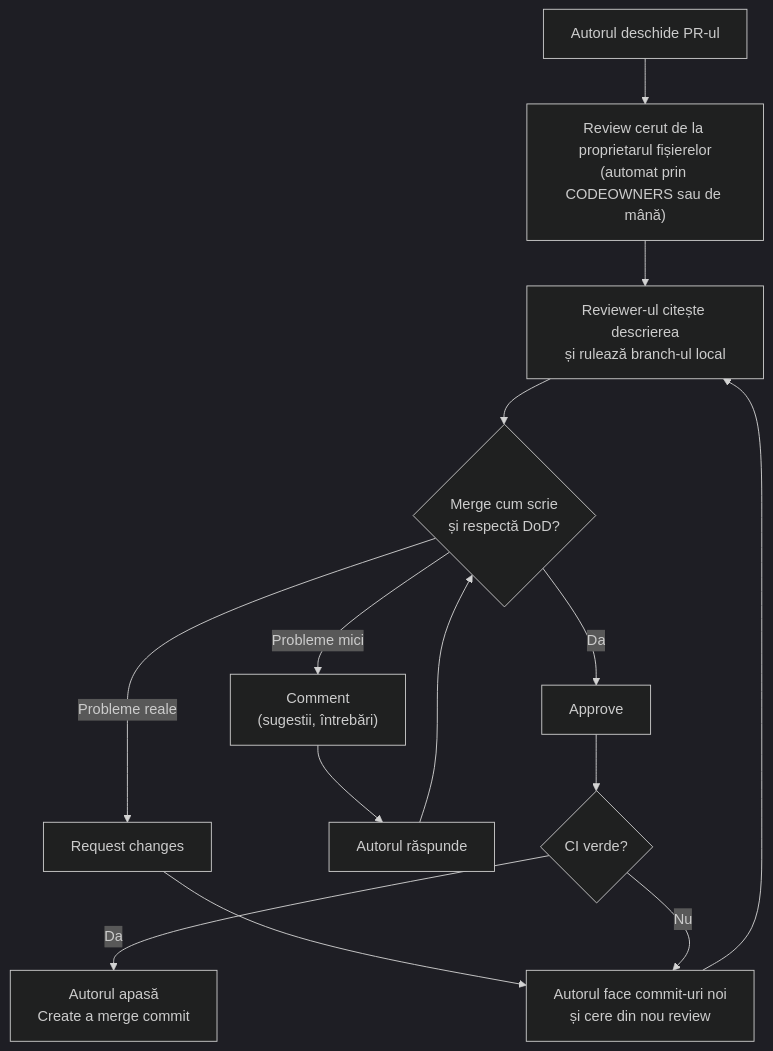
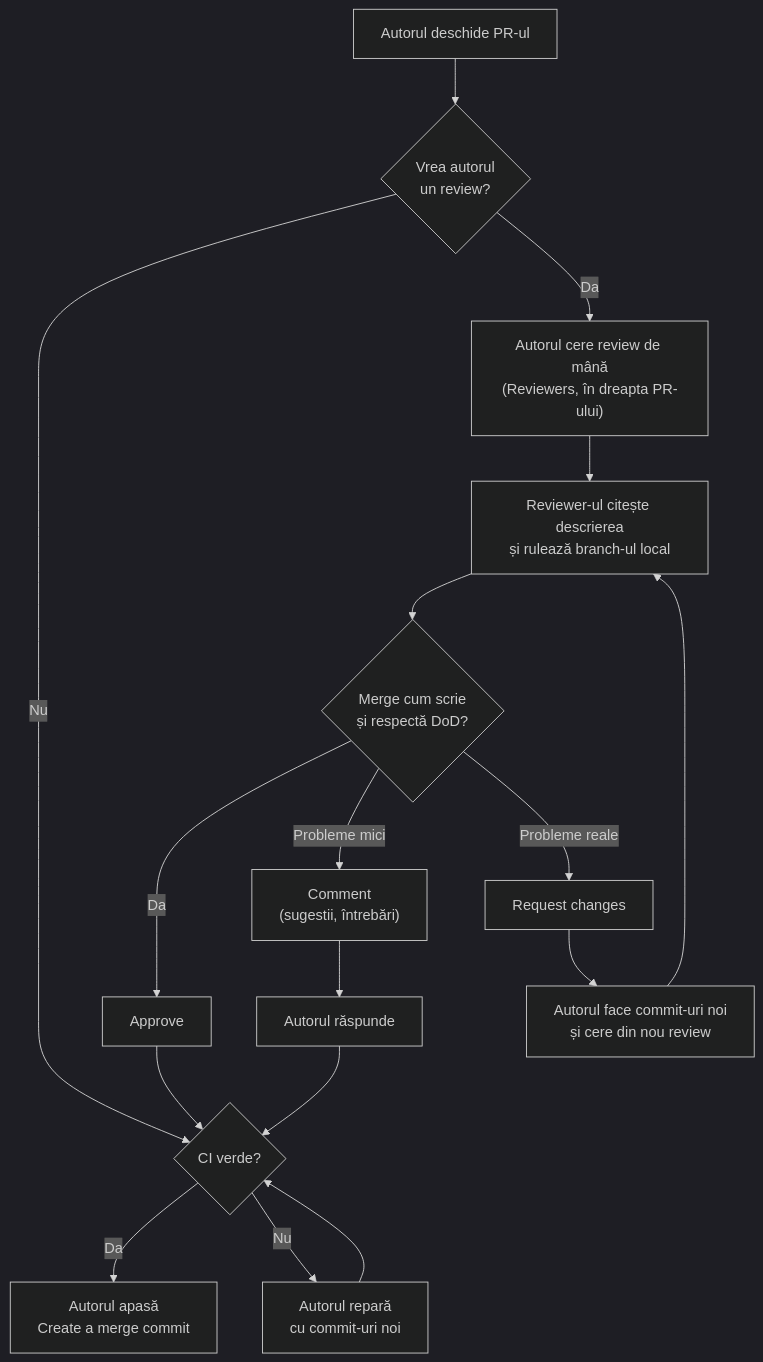
The diagram in docs/ghid-git/04-review.md (kevingameit-tech/kotoba-no-takara), drawn with Mermaid (dark theme) before and after one commit. The commit also changed other lines of this file and 14 other files, not shown here.

````diff
--- a/docs/ghid-git/04-review.md
+++ b/docs/ghid-git/04-review.md
@@ -15,16 +15,19 @@
 ```mermaid
 flowchart TD
-    A["Autorul deschide PR-ul"] --> B["Review cerut de la proprietarul fișierelor<br/>(automat prin CODEOWNERS sau de mână)"]
+    A["Autorul deschide PR-ul"] --> R{"Vrea autorul<br/>un review?"}
+    R -->|"Nu"| J{"CI verde?"}
+    R -->|"Da"| B["Autorul cere review de mână<br/>(Reviewers, în dreapta PR-ului)"]
     B --> C["Reviewer-ul citește descrierea<br/>și rulează branch-ul local"]
     C --> D{"Merge cum scrie<br/>și respectă DoD?"}
     D -->|"Da"| E["Approve"]
     D -->|"Probleme mici"| F["Comment<br/>(sugestii, întrebări)"]
     D -->|"Probleme reale"| G["Request changes"]
     F --> H["Autorul răspunde"]
     G --> I["Autorul face commit-uri noi<br/>și cere din nou review"]
     I --> C
-    H --> D
-    E --> J{"CI verde?"}
+    H --> J
+    E --> J
     J -->|"Da"| K["Autorul apasă<br/>Create a merge commit"]
-    J -->|"Nu"| I
+    J -->|"Nu"| L["Autorul repară<br/>cu commit-uri noi"]
+    L --> J
 ```
````
